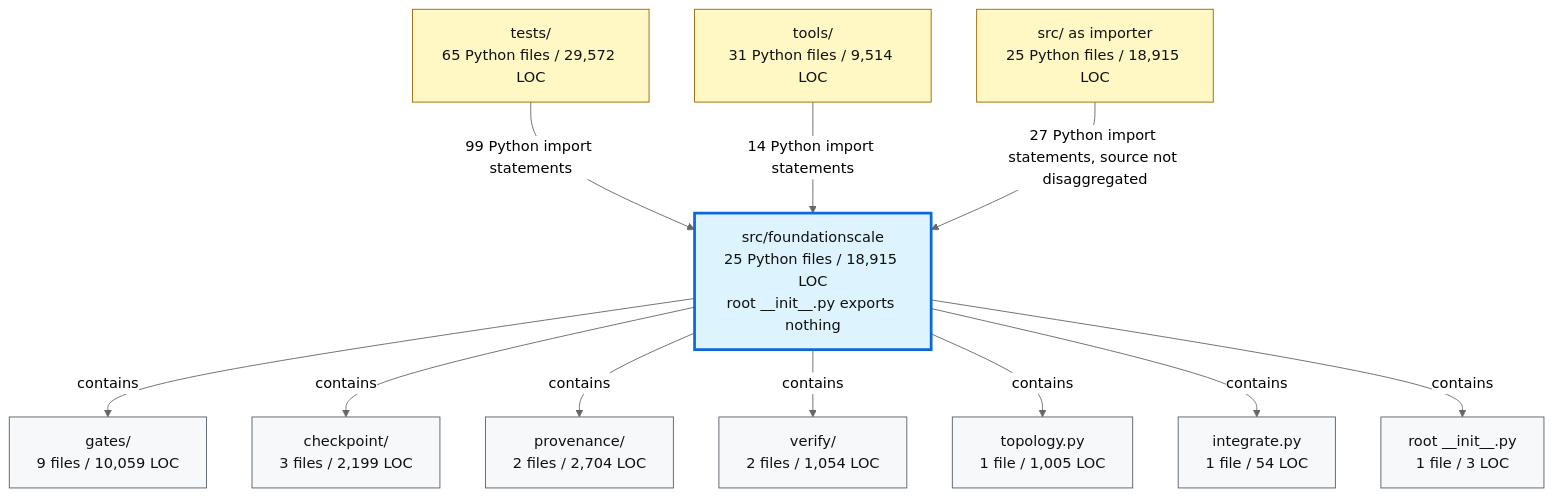
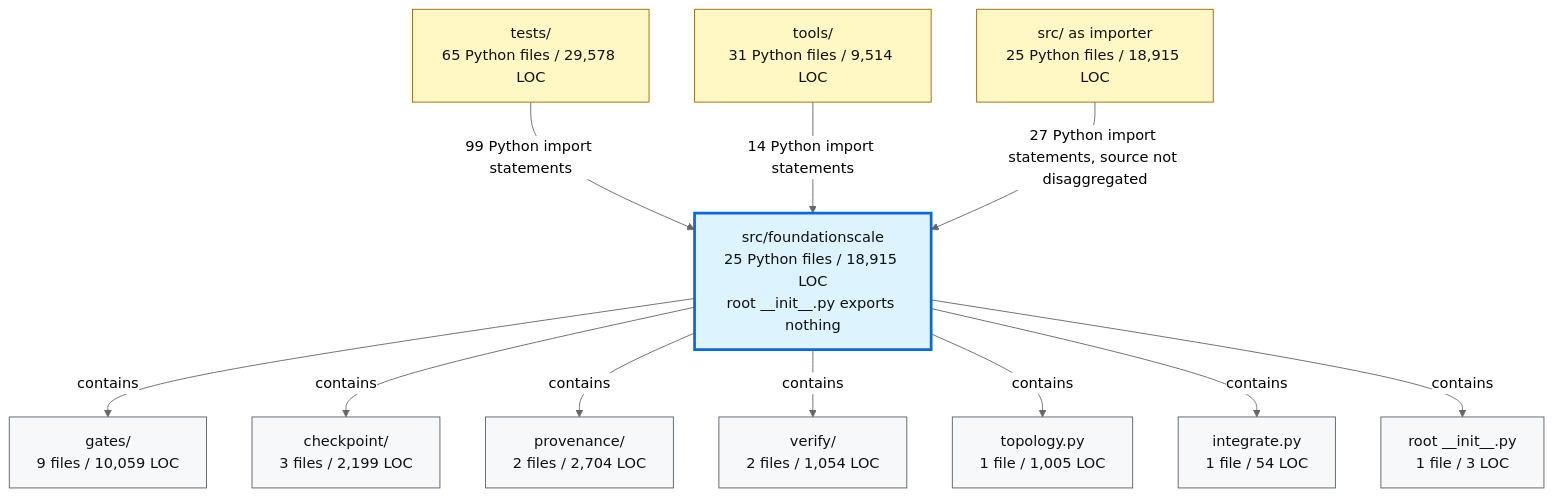
One commit to TranNhiem/FoundationScale changed the second of 2 diagrams in docs/review/D2_current_architecture.md. Above: the diagram before and after it, drawn with Mermaid (neutral theme). The commit also changed other lines of this file and 88 other files, not shown here.

````diff
--- a/docs/review/D2_current_architecture.md
+++ b/docs/review/D2_current_architecture.md
@@ -97,36 +97,36 @@
 ```mermaid
 flowchart TB
-  TESTS["tests/<br/>65 Python files / 29,572 LOC"]
+  TESTS["tests/<br/>65 Python files / 29,578 LOC"]
   TOOLS["tools/<br/>31 Python files / 9,514 LOC"]
   SRC["src/ as importer<br/>25 Python files / 18,915 LOC"]
 
   FS["src/foundationscale<br/>25 Python files / 18,915 LOC<br/>root __init__.py exports nothing"]
 
   GATES["gates/<br/>9 files / 10,059 LOC"]
   CKPT["checkpoint/<br/>3 files / 2,199 LOC"]
   PROV["provenance/<br/>2 files / 2,704 LOC"]
   VERIFY["verify/<br/>2 files / 1,054 LOC"]
   TOPO["topology.py<br/>1 file / 1,005 LOC"]
   INTEG["integrate.py<br/>1 file / 54 LOC"]
   ROOT["root __init__.py<br/>1 file / 3 LOC"]
 
   TESTS -->|"99 Python import statements"| FS
   TOOLS -->|"14 Python import statements"| FS
   SRC -->|"27 Python import statements, source not disaggregated"| FS
 
   FS -->|"contains"| GATES
   FS -->|"contains"| CKPT
   FS -->|"contains"| PROV
   FS -->|"contains"| VERIFY
   FS -->|"contains"| TOPO
   FS -->|"contains"| INTEG
   FS -->|"contains"| ROOT
 
   classDef consumer fill:#fff8c5,stroke:#9a6700,color:#111;
   classDef package fill:#ddf4ff,stroke:#0969da,stroke-width:3px,color:#111;
   classDef module fill:#f6f8fa,stroke:#57606a,color:#111;
 
   class TESTS,TOOLS,SRC consumer;
   class FS package;
   class GATES,CKPT,PROV,VERIFY,TOPO,INTEG,ROOT module;
 ```
````
